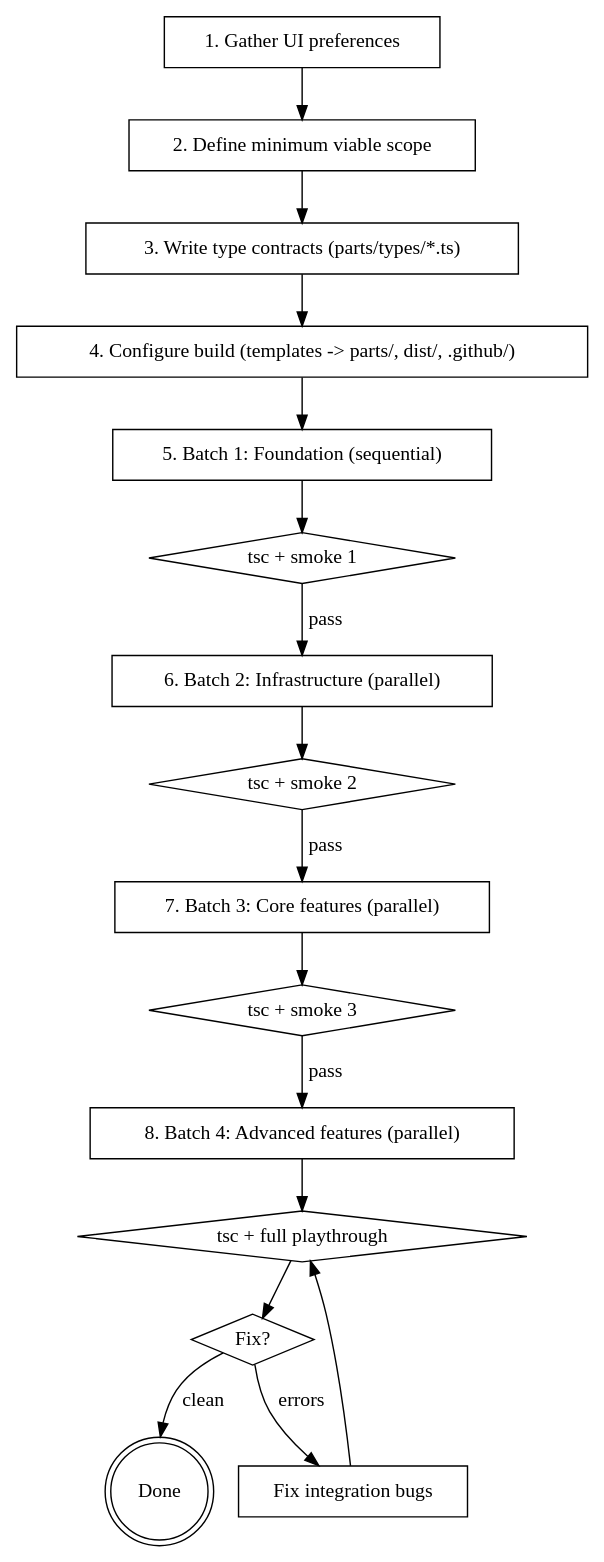
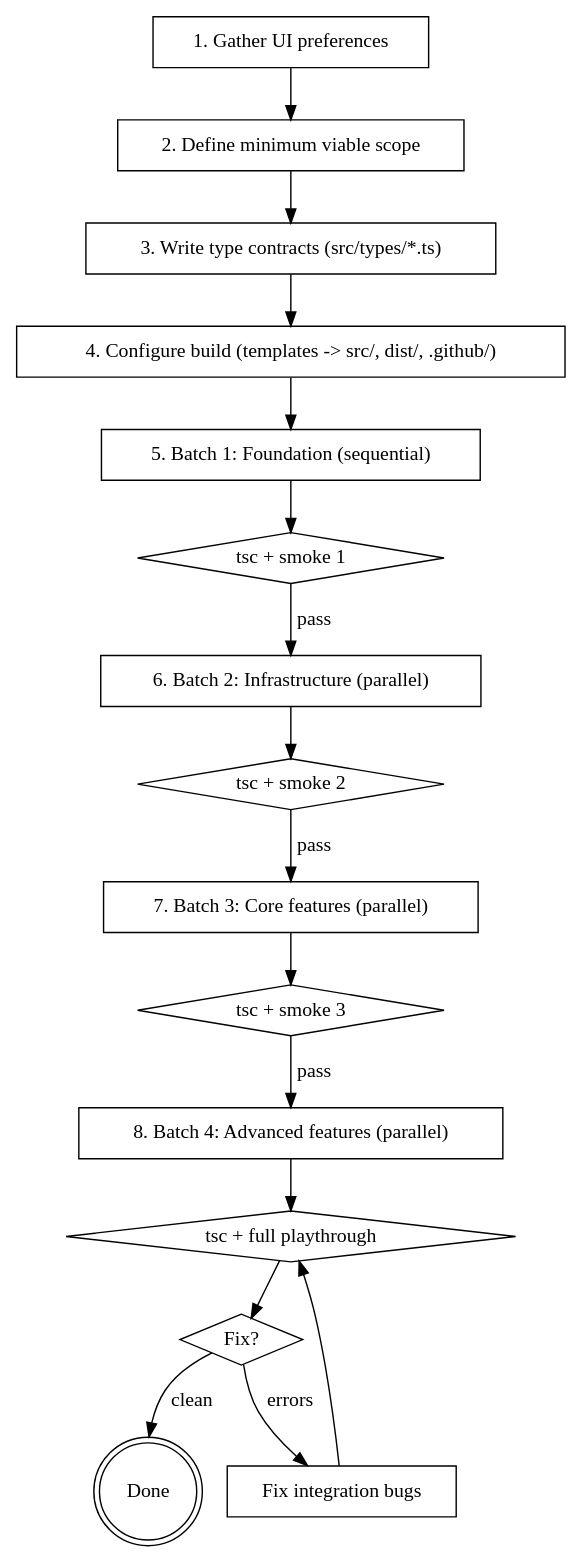
One commit to vosslab/vosslab-skills changed the diagram in skills/web-game-parallel-build/SKILL.md. Above: the diagram before and after it, drawn with Graphviz. The commit also changed other lines of this file and 9 other files, not shown here.

````diff
--- a/skills/web-game-parallel-build/SKILL.md
+++ b/skills/web-game-parallel-build/SKILL.md
@@ -205,37 +208,37 @@
 ```dot
 digraph process {
     rankdir=TB;
 
     "1. Gather UI preferences" [shape=box];
     "2. Define minimum viable scope" [shape=box];
-    "3. Write type contracts (parts/types/*.ts)" [shape=box];
-    "4. Configure build (templates -> parts/, dist/, .github/)" [shape=box];
+    "3. Write type contracts (src/types/*.ts)" [shape=box];
+    "4. Configure build (templates -> src/, dist/, .github/)" [shape=box];
     "5. Batch 1: Foundation (sequential)" [shape=box];
     "tsc + smoke 1" [shape=diamond];
     "6. Batch 2: Infrastructure (parallel)" [shape=box];
     "tsc + smoke 2" [shape=diamond];
     "7. Batch 3: Core features (parallel)" [shape=box];
     "tsc + smoke 3" [shape=diamond];
     "8. Batch 4: Advanced features (parallel)" [shape=box];
     "tsc + full playthrough" [shape=diamond];
     "Fix?" [shape=diamond];
     "Fix integration bugs" [shape=box];
     "Done" [shape=doublecircle];
 
     "1. Gather UI preferences" -> "2. Define minimum viable scope";
-    "2. Define minimum viable scope" -> "3. Write type contracts (parts/types/*.ts)";
-    "3. Write type contracts (parts/types/*.ts)" -> "4. Configure build (templates -> parts/, dist/, .github/)";
-    "4. Configure build (templates -> parts/, dist/, .github/)" -> "5. Batch 1: Foundation (sequential)";
+    "2. Define minimum viable scope" -> "3. Write type contracts (src/types/*.ts)";
+    "3. Write type contracts (src/types/*.ts)" -> "4. Configure build (templates -> src/, dist/, .github/)";
+    "4. Configure build (templates -> src/, dist/, .github/)" -> "5. Batch 1: Foundation (sequential)";
     "5. Batch 1: Foundation (sequential)" -> "tsc + smoke 1";
     "tsc + smoke 1" -> "6. Batch 2: Infrastructure (parallel)" [label="pass"];
     "6. Batch 2: Infrastructure (parallel)" -> "tsc + smoke 2";
     "tsc + smoke 2" -> "7. Batch 3: Core features (parallel)" [label="pass"];
     "7. Batch 3: Core features (parallel)" -> "tsc + smoke 3";
     "tsc + smoke 3" -> "8. Batch 4: Advanced features (parallel)" [label="pass"];
     "8. Batch 4: Advanced features (parallel)" -> "tsc + full playthrough";
     "tsc + full playthrough" -> "Fix?";
     "Fix?" -> "Fix integration bugs" [label="errors"];
     "Fix integration bugs" -> "tsc + full playthrough";
     "Fix?" -> "Done" [label="clean"];
 }
 ```
````
